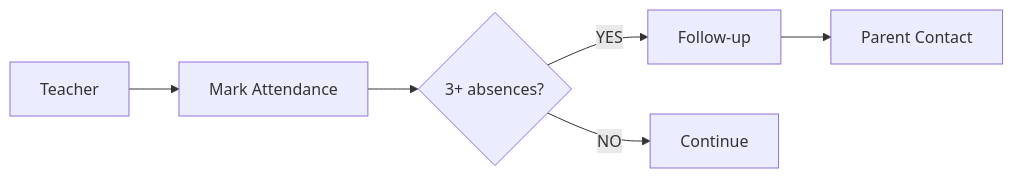
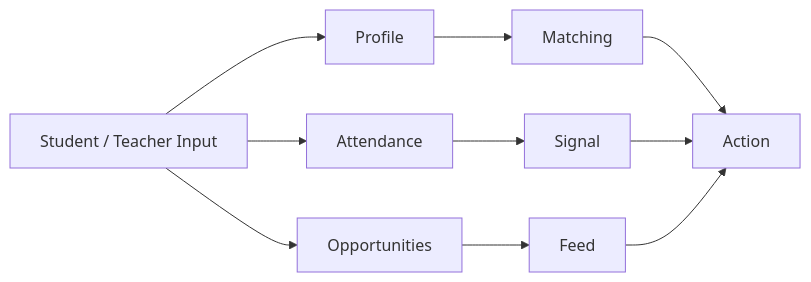
The seventh of 23 diagrams in README.md (mahik2007/hackathon), drawn with Mermaid before and after one commit. The commit also changed other lines of this file, not shown here.

````diff
--- a/README.md
+++ b/README.md
@@ -86,8 +117,13 @@
 ```mermaid
 flowchart LR
-    T[Teacher] --> A[Mark Attendance]
-    A --> D{3+ absences?}
-    D -->|YES| F[Follow-up]
-    D -->|NO| C[Continue]
-    F --> P[Parent Contact]
+    I[Student / Teacher Input]
+    I --> P[Profile]
+    I --> AT[Attendance]
+    I --> O[Opportunities]
+    P --> M[Matching]
+    AT --> S[Signal]
+    O --> F[Feed]
+    M --> ACT[Action]
+    S --> ACT
+    F --> ACT
 ```
````
